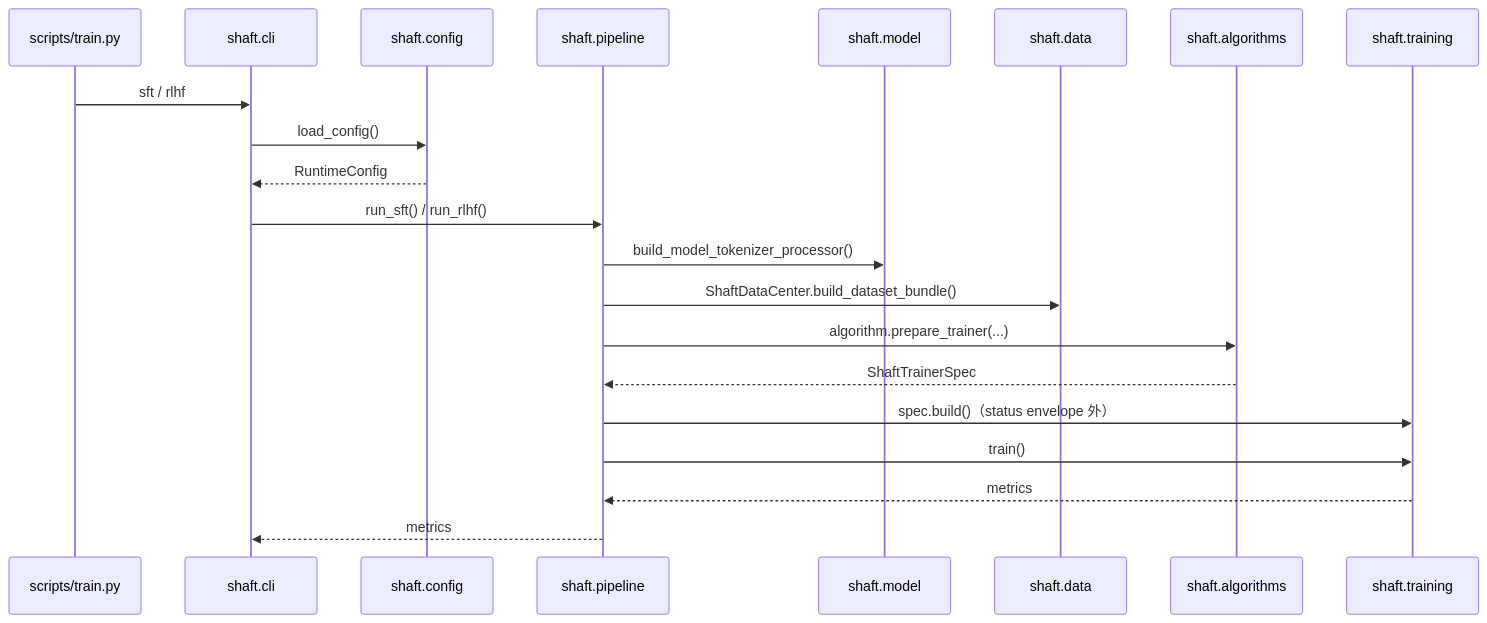
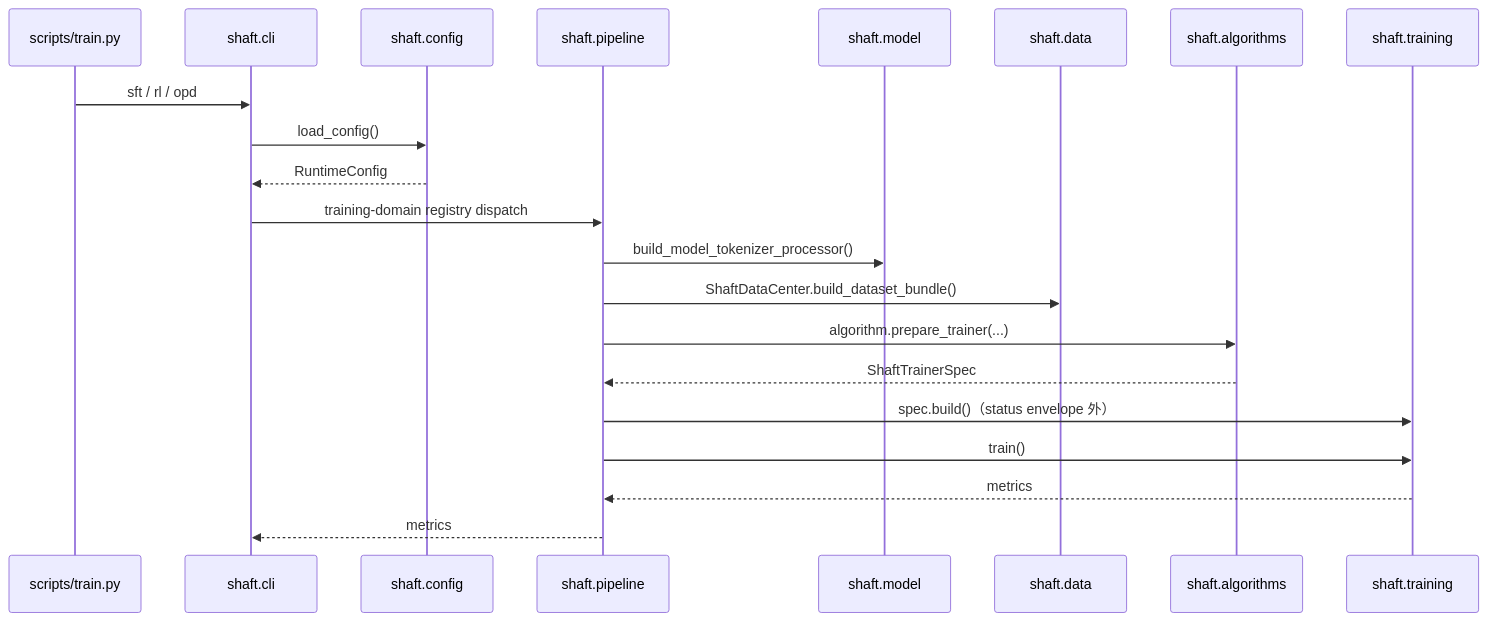
The second of 3 diagrams in docs/architecture.md (BITnene465/shaft), drawn with Mermaid before and after one commit. The commit also changed other lines of this file and 110 other files, not shown here.

First line of the commit message:
feat: add production OPD training domain

````diff
--- a/docs/architecture.md
+++ b/docs/architecture.md
@@ -110,24 +110,24 @@
 ```mermaid
 sequenceDiagram
     participant Script as scripts/train.py
     participant CLI as shaft.cli
     participant Config as shaft.config
     participant Pipeline as shaft.pipeline
     participant Model as shaft.model
     participant Data as shaft.data
     participant Algo as shaft.algorithms
     participant Trainer as shaft.training
 
-    Script->>CLI: sft / rlhf
+    Script->>CLI: sft / rl / opd
     CLI->>Config: load_config()
     Config-->>CLI: RuntimeConfig
-    CLI->>Pipeline: run_sft() / run_rlhf()
+    CLI->>Pipeline: training-domain registry dispatch
     Pipeline->>Model: build_model_tokenizer_processor()
     Pipeline->>Data: ShaftDataCenter.build_dataset_bundle()
     Pipeline->>Algo: algorithm.prepare_trainer(...)
     Algo-->>Pipeline: ShaftTrainerSpec
     Pipeline->>Trainer: spec.build()（status envelope 外）
     Pipeline->>Trainer: train()
     Trainer-->>Pipeline: metrics
     Pipeline-->>CLI: metrics
 ```
````
